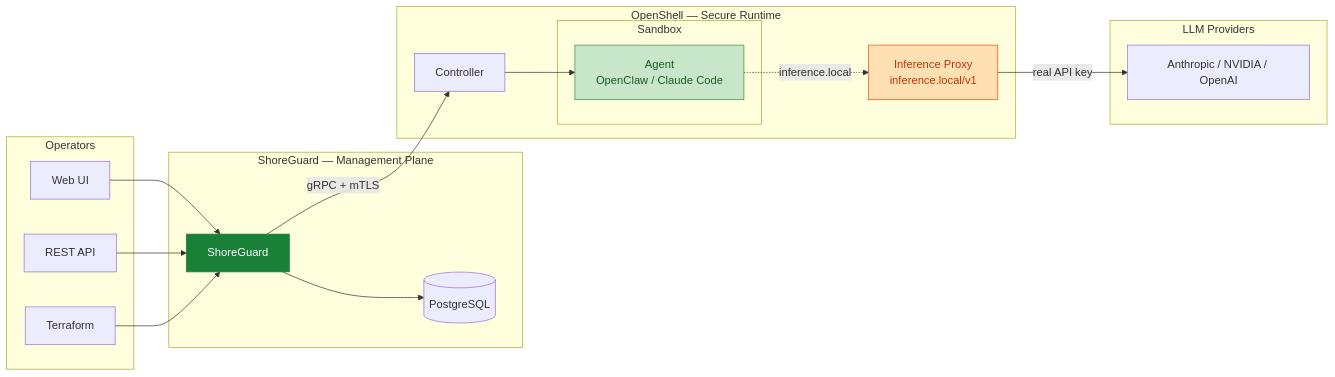
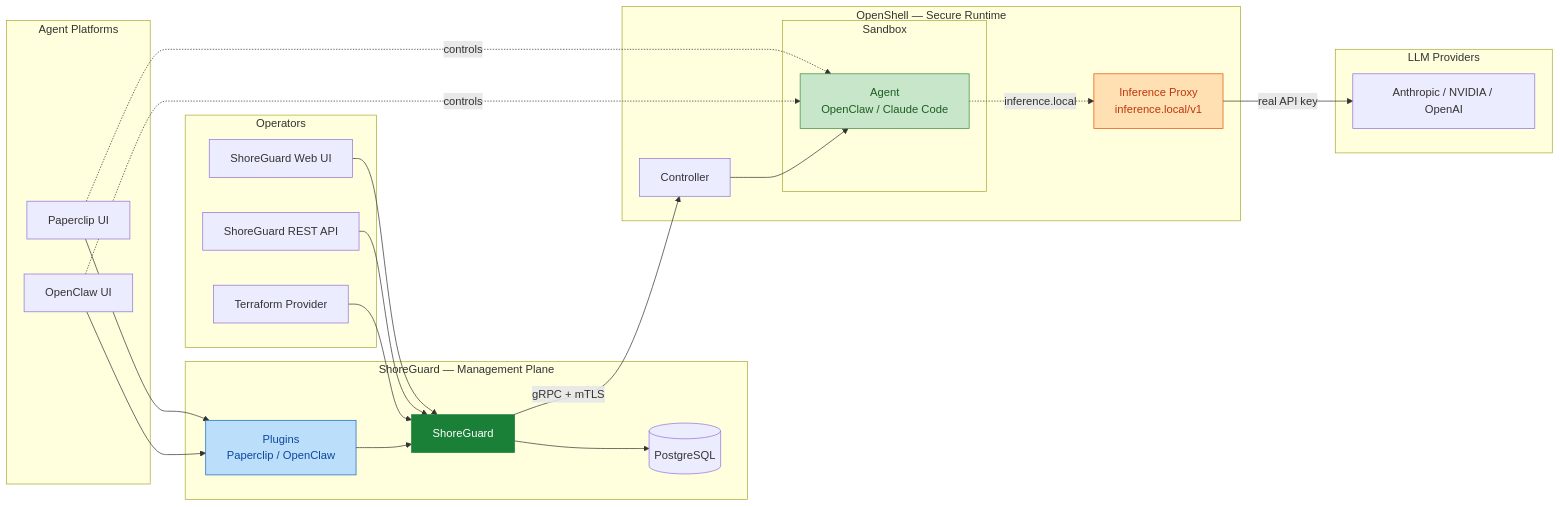
The diagram in README.md (FloHofstetter/shoreguard), drawn with Mermaid before and after one commit. The commit also changed other lines of this file, not shown here.

Commit message:
docs: add agent platform UIs and plugins to architecture diagram
Show how Paperclip/OpenClaw UIs connect through ShoreGuard plugins
and can also control agents directly. Clarify that Web UI, REST API,
and Terraform are ShoreGuard-specific interfaces.

````diff
--- a/README.md
+++ b/README.md
@@ -17,40 +17,52 @@
 ```mermaid
 graph LR
-    subgraph Operators
-        UI["Web UI"]
-        API["REST API"]
-        TF["Terraform"]
+    subgraph "Operators"
+        UI["ShoreGuard Web UI"]
+        API["ShoreGuard REST API"]
+        TF["Terraform Provider"]
+    end
+
+    subgraph "Agent Platforms"
+        PC["Paperclip UI"]
+        OC["OpenClaw UI"]
     end
 
     subgraph "ShoreGuard — Management Plane"
         SG["ShoreGuard"]
         DB[("PostgreSQL")]
+        Plugin["Plugins<br/>Paperclip / OpenClaw"]
     end
 
     subgraph "OpenShell — Secure Runtime"
         OS["Controller"]
 
         subgraph "Sandbox"
             Agent["Agent<br/>OpenClaw / Claude Code"]
         end
 
         Proxy["Inference Proxy<br/>inference.local/v1"]
     end
 
     subgraph "LLM Providers"
         LLM["Anthropic / NVIDIA / OpenAI"]
     end
 
     UI --> SG
     API --> SG
     TF --> SG
+    PC --> Plugin
+    OC --> Plugin
+    Plugin --> SG
+    PC -.->|"controls"| Agent
+    OC -.->|"controls"| Agent
     SG --> DB
     SG -- "gRPC + mTLS" --> OS
     OS --> Agent
     Agent -. "inference.local" .-> Proxy
     Proxy -- "real API key" --> LLM
 
     style SG fill:#1a7f37,color:#fff,stroke:#1a7f37
     style Agent fill:#c8e6c9,stroke:#388e3c,color:#1b5e20
     style Proxy fill:#ffe0b2,stroke:#e65100,color:#bf360c
+    style Plugin fill:#bbdefb,stroke:#1565c0,color:#0d47a1
 ```
````
